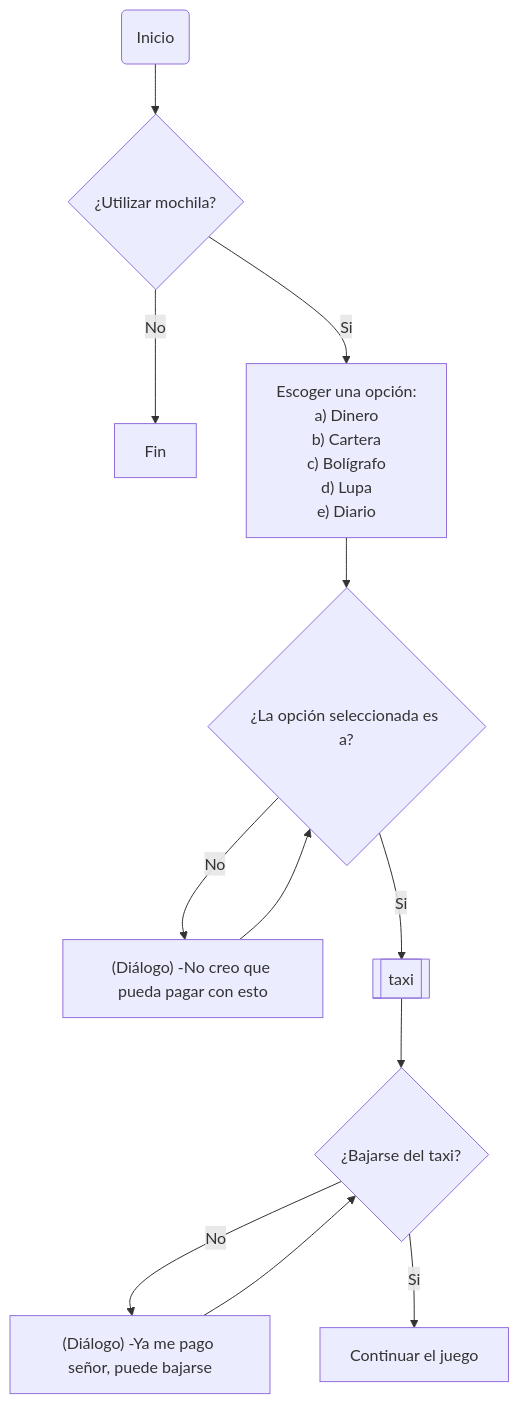
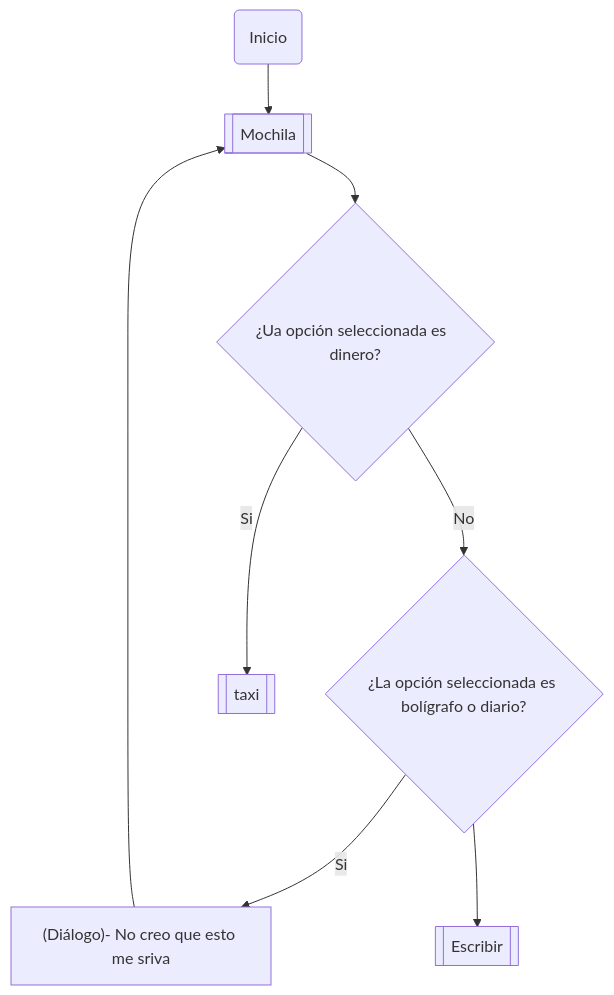
The seventh of 10 diagrams in README.md (JuanJoToAl/Juego---Los_vivos_mienten), drawn with Mermaid before and after one commit. The commit also changed other lines of this file, not shown here.

````diff
--- a/README.md
+++ b/README.md
@@ -320,15 +320,12 @@
 ```mermaid
 
 flowchart TD
-    n2("Inicio") --> n3{"¿Utilizar mochila?"}
-    n3 -- No --> n4["Fin"]
-    n3 -- Si --> n5["Escoger una opción:<br>a) Dinero<br>b) Cartera<br>c) Bolígrafo<br>d) Lupa<br>e) Diario"]
-    n5 --> n6{"¿La opción seleccionada es a?"}
-    n6 -- No --> n7["(Diálogo) -No creo que pueda pagar con esto"]
-    n6 -- Si --> n8[["taxi"]]
-    n7 --> n6
-    n8 --> n9{"¿Bajarse del taxi?"}
-    n9 -- No --> n10["(Diálogo) -Ya me pago señor, puede bajarse"]
-    n9 -- Si --> n11["Continuar el juego"]
-    n10 --> n9
+    n2("Inicio") --> n12[["Mochila"]]
+    n3{"¿Ua opción seleccionada es&nbsp; dinero?"} -- No --> n4{"¿La opción seleccionada es bolígrafo o diario?"}
+    n12 --> n3
+    n3 -- Si --> n8[["taxi"]]
+    n4 -- Si --> n13["(Diálogo)- No creo que esto me sriva"]
+    n13 --> n12
+    n4 --> n14[["Escribir"]]
+
 ```
````
